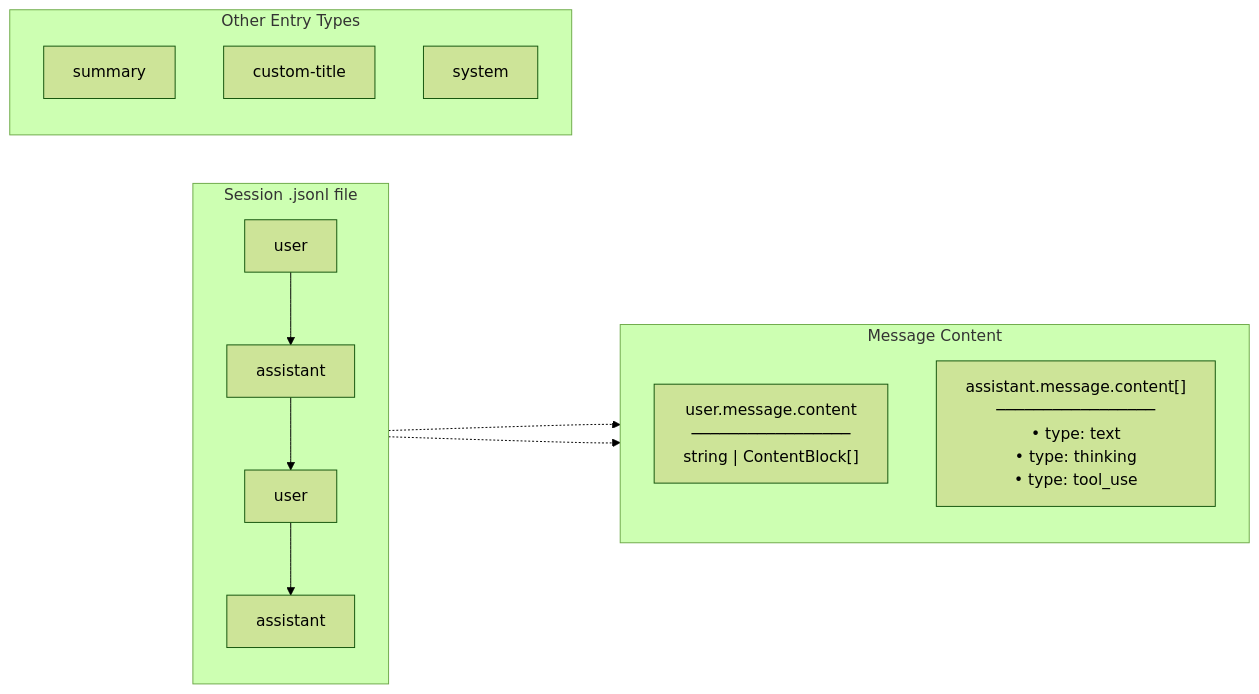
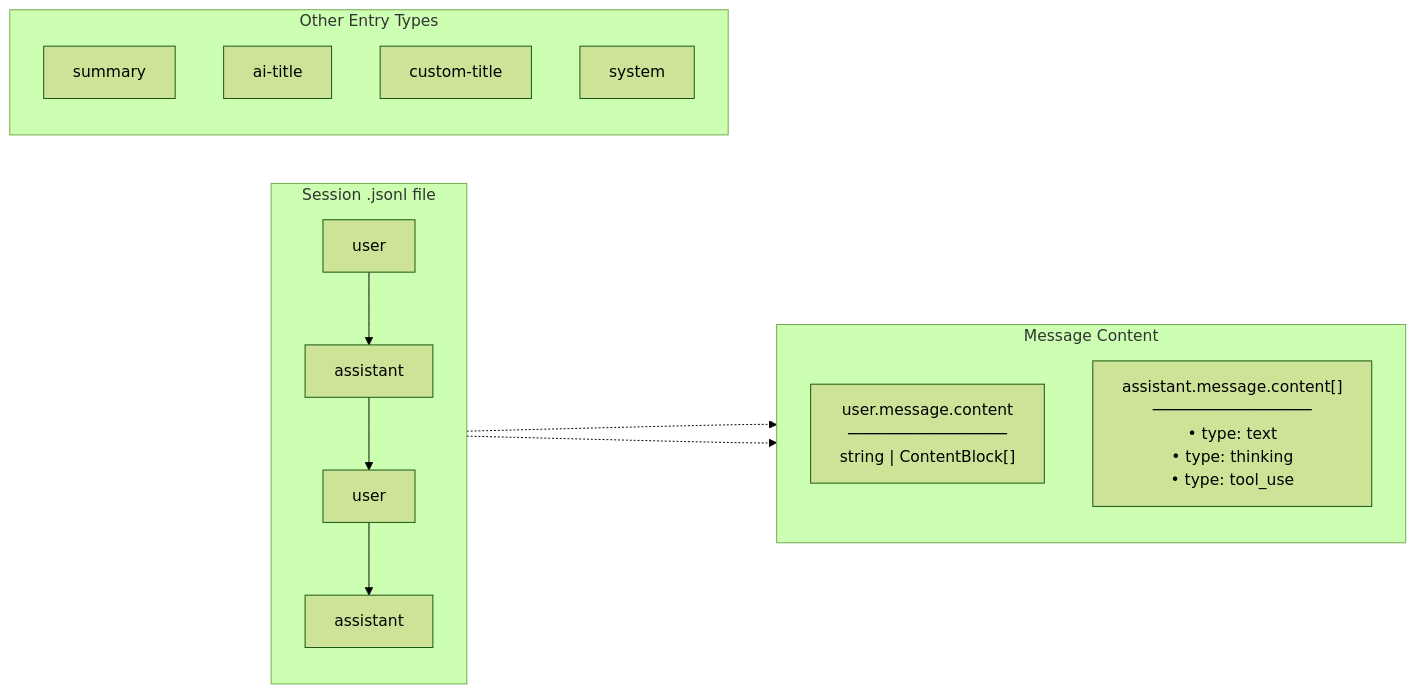
One commit to chronologos/cc-sessions changed the diagram in CLAUDE.md. Above: the diagram before and after it, drawn with Mermaid (forest theme). The commit also changed other lines of this file and 3 other files, not shown here.

````diff
--- a/CLAUDE.md
+++ b/CLAUDE.md
@@ -54,24 +54,25 @@
 ```mermaid
 flowchart LR
     subgraph "Session .jsonl file"
         direction TB
         U1[user] --> A1[assistant]
         A1 --> U2[user]
         U2 --> A2[assistant]
     end
 
     subgraph "Message Content"
         direction TB
         UM["user.message.content<br/>─────────────────<br/>string | ContentBlock[]"]
         AM["assistant.message.content[]<br/>─────────────────<br/>• type: text<br/>• type: thinking<br/>• type: tool_use"]
     end
 
     subgraph "Other Entry Types"
         SUM[summary]
+        AIT[ai-title]
         CT[custom-title]
         SYS[system]
     end
 
     U1 -.-> UM
     A1 -.-> AM
 ```
````
